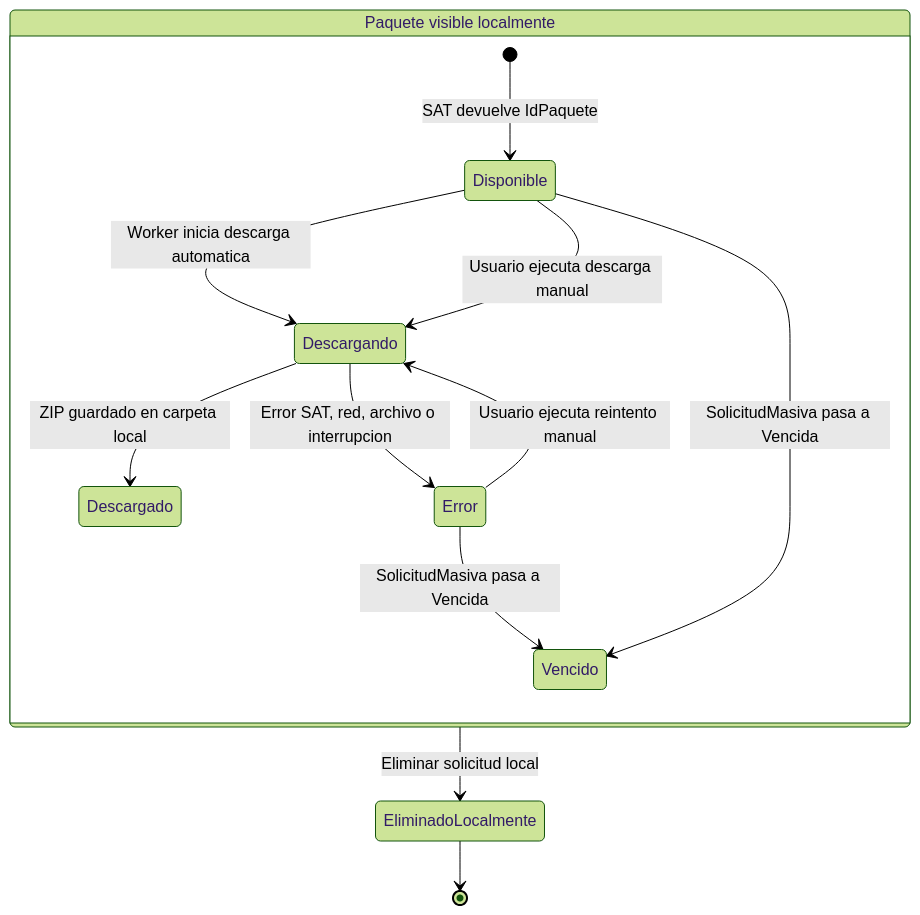
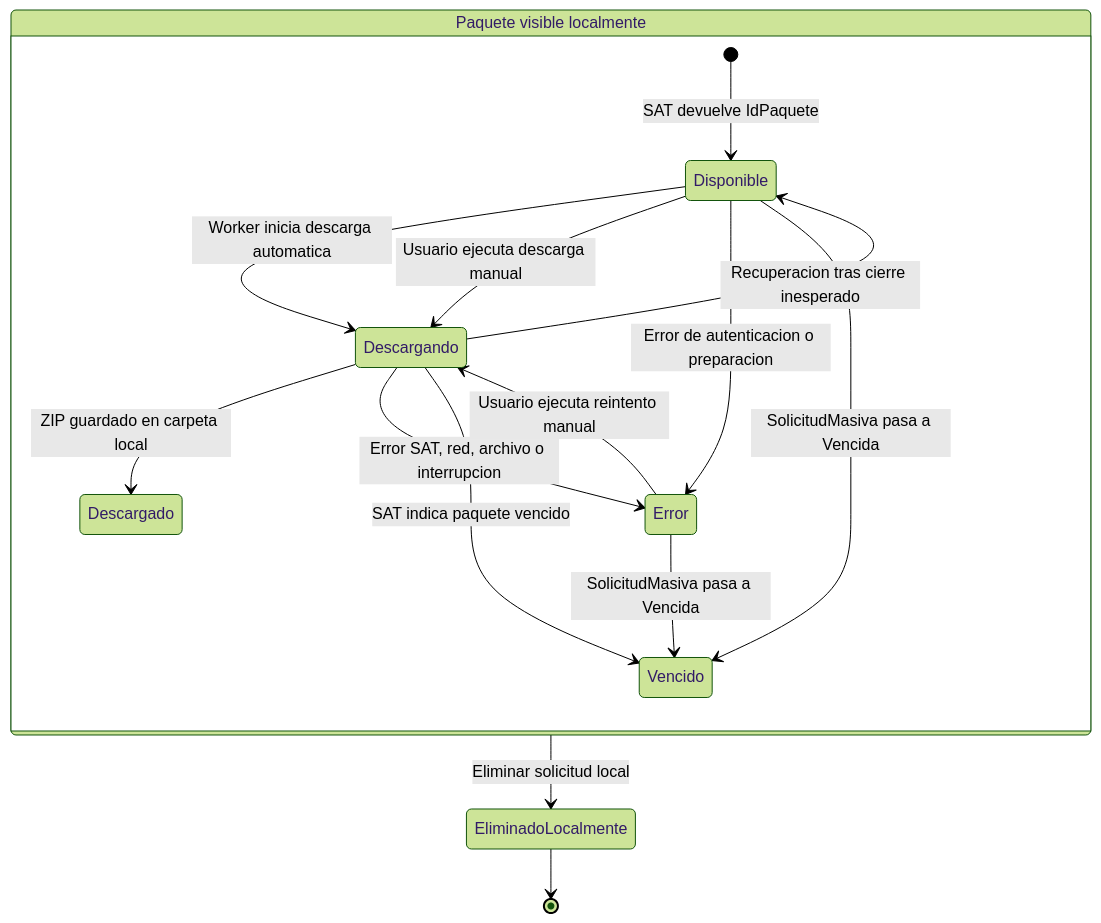
Diagram 16 of 21 in docs/architecture.md (irritila/sat-cfdi-downloader), drawn with Mermaid (forest theme) before and after one commit. The commit also changed other lines of this file and 14 other files, not shown here.

````diff
--- a/docs/architecture.md
+++ b/docs/architecture.md
@@ -1095,20 +1173,23 @@
 ```mermaid
 stateDiagram-v2
     state "Paquete visible localmente" as Visible {
         [*] --> Disponible: SAT devuelve IdPaquete
 
         Disponible --> Descargando: Worker inicia descarga automatica
         Disponible --> Descargando: Usuario ejecuta descarga manual
+        Disponible --> Error: Error de autenticacion o preparacion
 
         Descargando --> Descargado: ZIP guardado en carpeta local
         Descargando --> Error: Error SAT, red, archivo o interrupcion
+        Descargando --> Vencido: SAT indica paquete vencido
 
         Error --> Descargando: Usuario ejecuta reintento manual
+        Descargando --> Disponible: Recuperacion tras cierre inesperado
 
         Disponible --> Vencido: SolicitudMasiva pasa a Vencida
         Error --> Vencido: SolicitudMasiva pasa a Vencida
     }
 
     Visible --> EliminadoLocalmente: Eliminar solicitud local
     EliminadoLocalmente --> [*]
 ```
````
